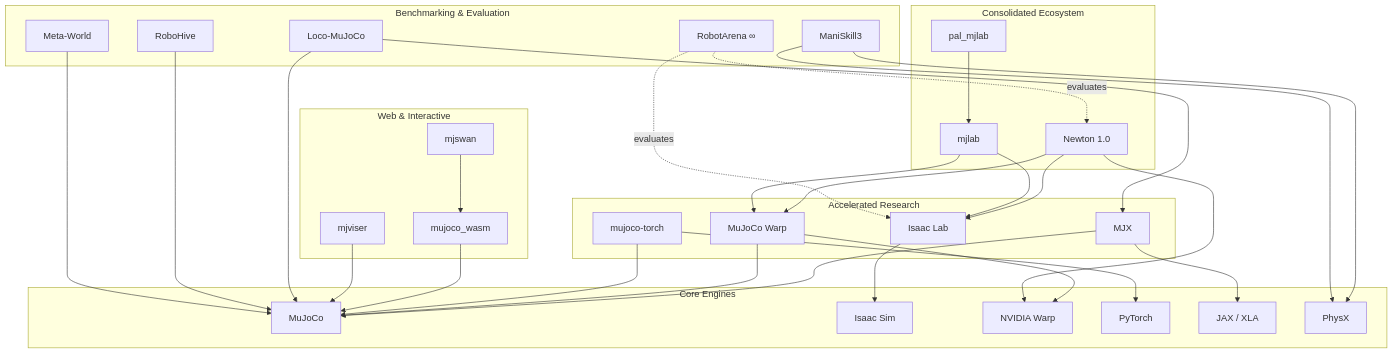
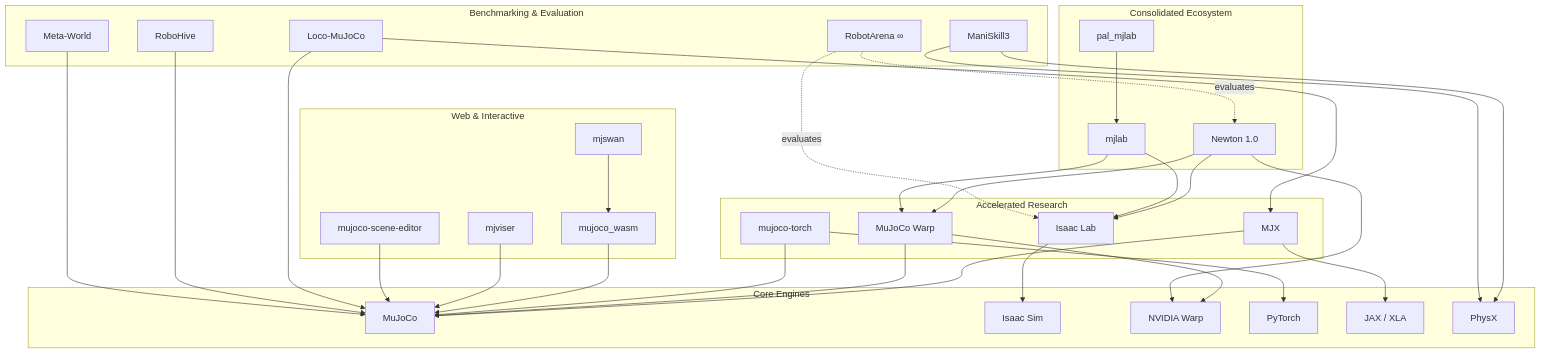
The diagram in README.md (robomotic/sim-benchmarks), drawn with Mermaid before and after one commit. The commit also changed other lines of this file, not shown here.

Commit message:
Added Scene editor

````diff
--- a/README.md
+++ b/README.md
@@ -120,66 +126,68 @@
 ```mermaid
 graph TD
     subgraph Core_Engines [Core Engines]
         MuJoCo[MuJoCo]
         IsaacSim[Isaac Sim]
         Warp[NVIDIA Warp]
         PyTorch[PyTorch]
         JAX[JAX / XLA]
         PhysX[PhysX]
     end
 
     subgraph Accelerated_Research [Accelerated Research]
         MJX[MJX] 
         MJWarp[MuJoCo Warp]
         IsaacLab[Isaac Lab]
         MJTorch[mujoco-torch]
     end
 
     subgraph Consolidated_Ecosystem [Consolidated Ecosystem]
         Newton[Newton 1.0]
         mjlab[mjlab]
         pal_mjlab[pal_mjlab]
     end
 
     subgraph Web_Interactive [Web & Interactive]
         mjwasm[mujoco_wasm]
         mjswan[mjswan]
         mjviser[mjviser]
+        mjscene[mujoco-scene-editor]
     end
 
     subgraph Evaluation_Suites [Benchmarking & Evaluation]
         RobotArena[RobotArena ∞]
         LocoMuJoCo[Loco-MuJoCo]
         ManiSkill[ManiSkill3]
         RoboHive[RoboHive]
         MetaWorld[Meta-World]
     end
 
     %% Dependencies
     MJX --> MuJoCo
     MJX --> JAX
     MJWarp --> MuJoCo
     MJWarp --> Warp
     MJTorch --> MuJoCo
     MJTorch --> PyTorch
     IsaacLab --> IsaacSim
     Newton --> MJWarp
     Newton --> IsaacLab
     Newton --> Warp
     mjlab --> IsaacLab
     mjlab --> MJWarp
     pal_mjlab --> mjlab
     mjwasm --> MuJoCo
     mjswan --> mjwasm
     mjviser --> MuJoCo
+    mjscene --> MuJoCo
     
     %% Evaluation Mappings
     RobotArena -. evaluates .-> Newton
     RobotArena -. evaluates .-> IsaacLab
     LocoMuJoCo --> MuJoCo
     LocoMuJoCo --> MJX
     ManiSkill --> PhysX
     ManiSkill --> PhysX
     RoboHive --> MuJoCo
     MetaWorld --> MuJoCo
 ```
````
